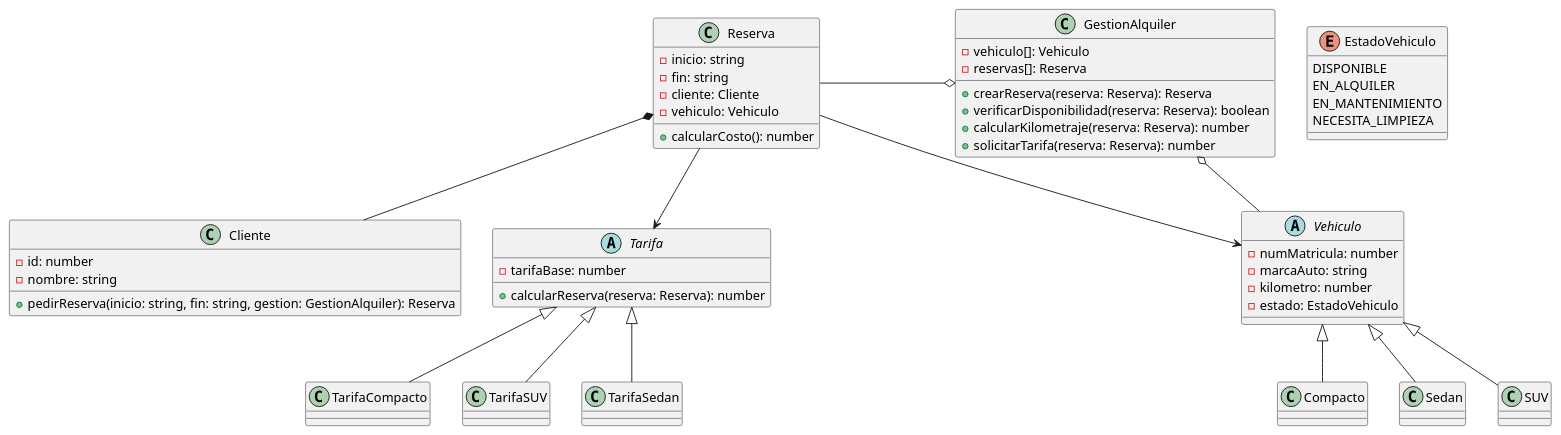
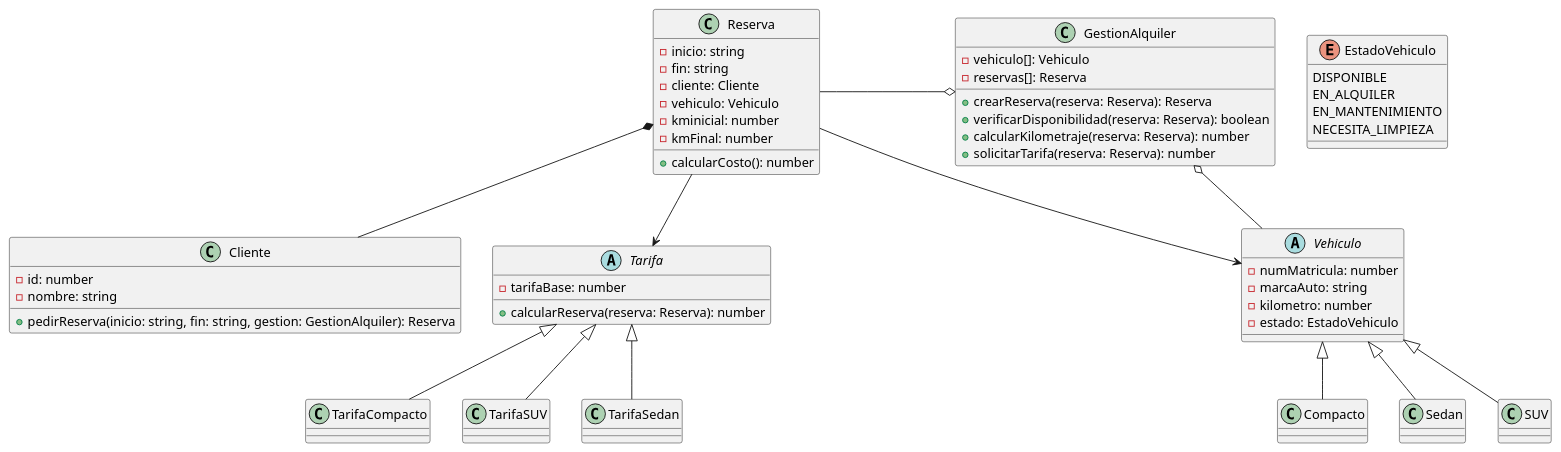
The diagram in Diagrama_de_clases.puml (Nash-Blip/Programaci-n-II), drawn with PlantUML before and after one commit.

```diff
--- a/Diagrama_de_clases.puml
+++ b/Diagrama_de_clases.puml
@@ -1,74 +1,76 @@
 @startuml practico
 
 class GestionAlquiler{
     - vehiculo[]: Vehiculo
     - reservas[]: Reserva
     + crearReserva(reserva: Reserva): Reserva
     + verificarDisponibilidad(reserva: Reserva): boolean
     + calcularKilometraje(reserva: Reserva): number
     + solicitarTarifa(reserva: Reserva): number
 }
 
 enum EstadoVehiculo {
   DISPONIBLE
   EN_ALQUILER
   EN_MANTENIMIENTO
   NECESITA_LIMPIEZA
 }
 
 class Cliente{
     - id: number
     - nombre: string
     + pedirReserva(inicio: string, fin: string, gestion: GestionAlquiler): Reserva
 }
 
 class Reserva{
     - inicio: string
     - fin: string
     - cliente: Cliente
     - vehiculo: Vehiculo
+    - kminicial: number
+    - kmFinal: number
     + calcularCosto(): number
 }
 
 abstract class Vehiculo{
     - numMatricula: number
     - marcaAuto: string
     - kilometro: number
     - estado: EstadoVehiculo
 }
 
 class Compacto extends Vehiculo
 class Sedan extends Vehiculo
 class SUV extends Vehiculo
 
 abstract class Tarifa{
     - tarifaBase: number
     + calcularReserva(reserva: Reserva): number
 }
 
 class TarifaCompacto extends Tarifa
 class TarifaSUV extends Tarifa
 class TarifaSedan extends Tarifa
 
 GestionAlquiler o-r- Vehiculo
 GestionAlquiler o-l- Reserva
 Reserva --> Tarifa
 Reserva --> Vehiculo
 Reserva *-- Cliente
 
 note right of TarifaCompacto::calcularReserva
 Base: $30 * días
 + exceso si >100km/día
 end note
 
 note right of TarifaSedan::calcularReserva
 Base: $50 * días
 + $0.20 por km total
 end note
 
 note right of TarifaSUV::calcularReserva
 Base: ($80 + $15 seguro) * días
 + exceso si >500 km total
 end note
 
 @enduml
```
